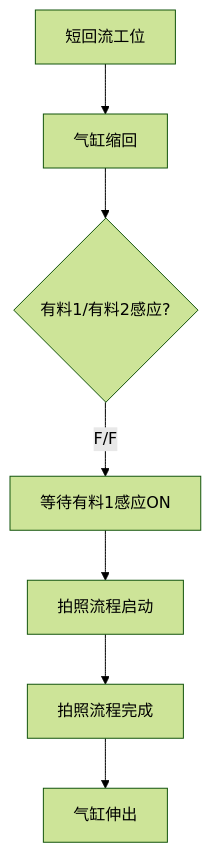
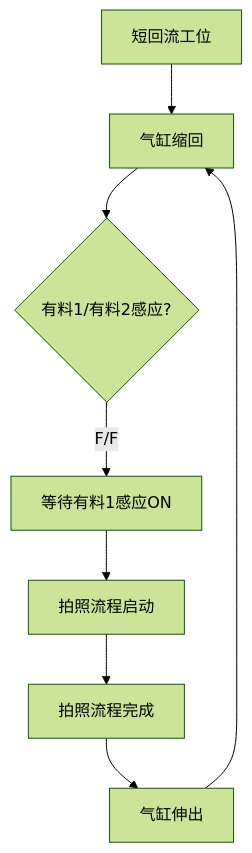
One commit to zmq000/iodraw-files changed the diagram in all/未命名.md. Above: the diagram before and after it, drawn with Mermaid (forest theme).

Commit message:
2026-06-17 20:59:04 update

````diff
--- a/all/未命名.md
+++ b/all/未命名.md
@@ -1,10 +1,10 @@
 ```mermaid
 graph TD
 0[短回流工位]-->10
 10[气缸缩回]-->20
 20{有料1/有料2感应?}-->|F/F|30
 30[等待有料1感应ON]-->40
 40[拍照流程启动]-->50
 50[拍照流程完成]-->60
-60[气缸伸出]
+60[气缸伸出]-->10
 ```
````
